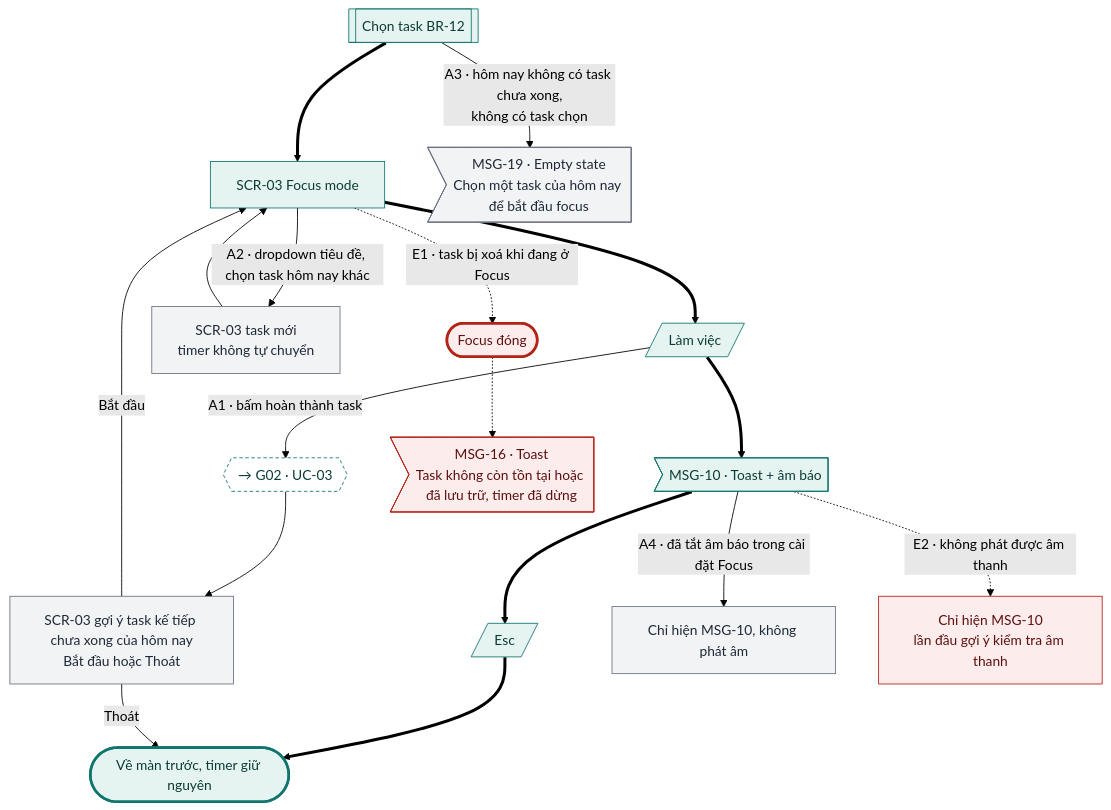
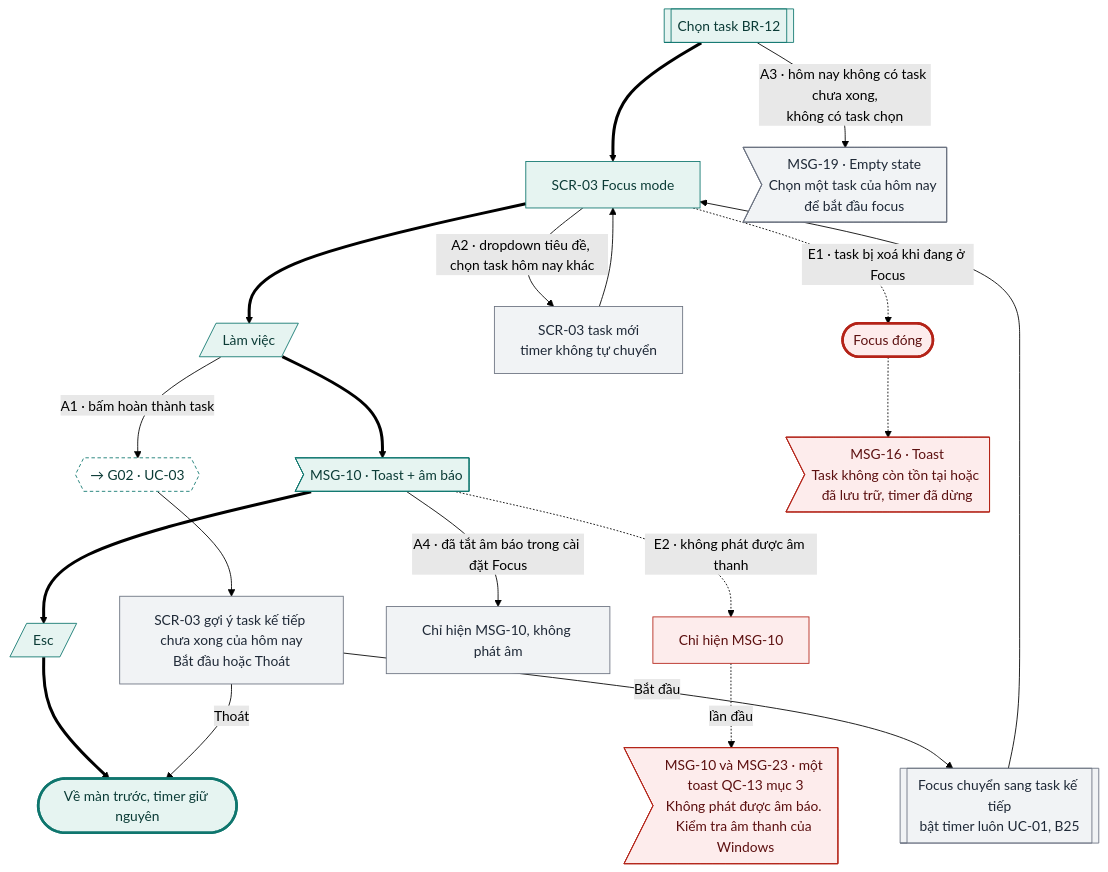
One commit to tannguyenho/personal-app changed the eighth of 12 diagrams in docs/design-brief/flow/g07-focus-timer.md. Above: the diagram before and after it, drawn with Mermaid (forest theme). The commit also changed other lines of this file and 7 other files, not shown here.

First line of the commit message:
docs(G05, G07): áp quyết định PO 09/11 vào SRS, PRD, flow; QC-10, IA khay

````diff
--- a/docs/design-brief/flow/g07-focus-timer.md
+++ b/docs/design-brief/flow/g07-focus-timer.md
@@ -354,39 +360,41 @@
 ```mermaid
 flowchart TD
   p1[["Chọn task BR-12"]]
   s1["SCR-03 Focus mode"]
   u3[/"Làm việc"/]
   m1>"MSG-10 · Toast + âm báo"]
   u4[/"Esc"/]
   ok(["Về màn trước, timer giữ nguyên"])
   p1 ==> s1 ==> u3 ==> m1 ==> u4 ==> ok
 
   p1 -->|"A3 · hôm nay không có task chưa xong,<br/>không có task chọn"| a3m>"MSG-19 · Empty state<br/>Chọn một task của hôm nay để bắt đầu focus"]
   s1 -->|"A2 · dropdown tiêu đề, chọn task hôm nay khác"| a2["SCR-03 task mới<br/>timer không tự chuyển"]
   a2 --> s1
   u3 -->|"A1 · bấm hoàn thành task"| a1x{{"→ G02 · UC-03"}}
   a1x --> a1["SCR-03 gợi ý task kế tiếp chưa xong của hôm nay<br/>Bắt đầu hoặc Thoát"]
-  a1 -->|"Bắt đầu"| s1
+  a1 -->|"Bắt đầu"| a1b[["Focus chuyển sang task kế tiếp<br/>bật timer luôn UC-01, B25"]]
+  a1b --> s1
   a1 -->|"Thoát"| ok
   m1 -->|"A4 · đã tắt âm báo trong cài đặt Focus"| a4["Chỉ hiện MSG-10, không phát âm"]
 
   s1 -.->|"E1 · task bị xoá khi đang ở Focus"| e1(["Focus đóng"])
   e1 -.-> e1m>"MSG-16 · Toast<br/>Task không còn tồn tại hoặc đã lưu trữ, timer đã dừng"]
-  m1 -.->|"E2 · không phát được âm thanh"| e2["Chỉ hiện MSG-10<br/>lần đầu gợi ý kiểm tra âm thanh"]
+  m1 -.->|"E2 · không phát được âm thanh"| e2["Chỉ hiện MSG-10"]
+  e2 -.->|"lần đầu"| e2m>"MSG-10 và MSG-23 · một toast QC-13 mục 3<br/>Không phát được âm báo. Kiểm tra âm thanh của Windows"]
 
   class p1,s1,u3,m1,u4 happy
-  class a3m,a2,a1,a4 alt
+  class a3m,a2,a1,a1b,a4 alt
   class a1x link
-  class e1m,e2 err
+  class e1m,e2,e2m err
   class ok done
   class e1 fail
   classDef happy fill:#E6F4F1,stroke:#0F766E,color:#0B3B36
   classDef alt fill:#F1F3F5,stroke:#6B7280,color:#1F2937
   classDef err fill:#FDECEC,stroke:#B42318,color:#5C1010
   classDef warn fill:#FEF4E2,stroke:#B45309,color:#4A2604
   classDef ai fill:#F1ECFD,stroke:#6D28D9,color:#2E1065
   classDef sync fill:#FFFFFF,stroke:#6B7280,stroke-dasharray:4 3,color:#1F2937
   classDef link fill:#FFFFFF,stroke:#0F766E,stroke-dasharray:4 3,color:#0B3B36
   classDef done fill:#E6F4F1,stroke:#0F766E,stroke-width:3px,color:#0B3B36
   classDef fail fill:#FDECEC,stroke:#B42318,stroke-width:3px,color:#5C1010
 ```
````
